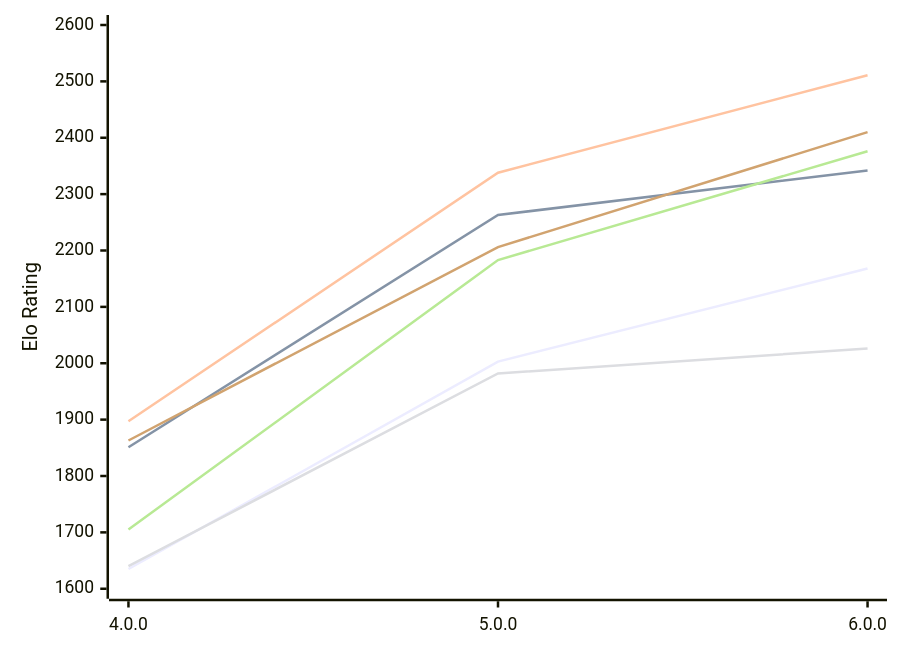
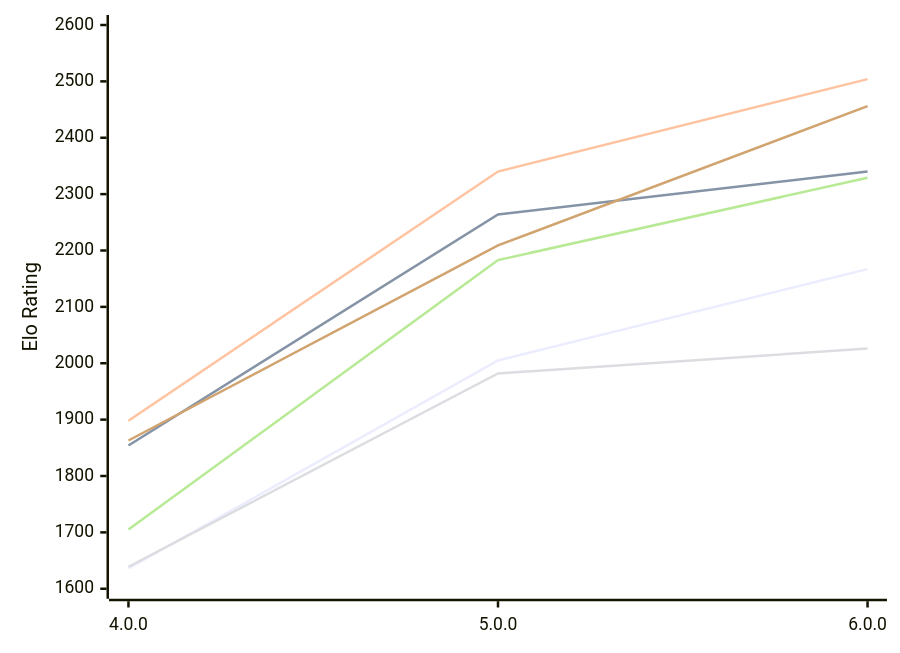
Before and after one commit to computer-chess-index/cci: the first of 2 diagrams in engines/Laura.md, drawn with Mermaid. The commit also changed other lines of this file, not shown here.

Commit message:
Update CCI Ratings (ELO VLTC) - 2026-11-19

````diff
--- a/engines/Laura.md
+++ b/engines/Laura.md
@@ -54,12 +54,12 @@
 ```mermaid
 %%{init: {"theme":"base","themeVariables":{"seriesColors:['#a3a3a3','#222221','#faa371']}}}%%
 xychart-beta
   x-axis ["4.0.0", "5.0.0", "6.0.0"]
   y-axis "Elo Rating" 1600 --> 2600
-  line "E1: STC (8.0+0.08s)" [1635, 2003, 2168]
-  line "E1: LTC (60.0+0.60s)" [1851, 2263, 2342]
-  line "E1: VLTC (2m24s+1.12s)" [1897, 2338, 2511]
-  line "P1: STC (8.0+0.08s)" [1640, 1982, 2026]
-  line "P1: LTC (60.0+0.60s)" [1705, 2183, 2376]
-  line "P1: VLTC (2m24s+1.12s)" [1863, 2206, 2410]
+  line "E1: STC (8.0+0.08s)" [1636, 2005, 2167]
+  line "E1: LTC (60.0+0.60s)" [1854, 2264, 2340]
+  line "E1: VLTC (2m24s+1.12s)" [1898, 2340, 2504]
+  line "P1: STC (8.0+0.08s)" [1639, 1982, 2026]
+  line "P1: LTC (60.0+0.60s)" [1705, 2183, 2329]
+  line "P1: VLTC (2m24s+1.12s)" [1863, 2209, 2456]
 ```
````
